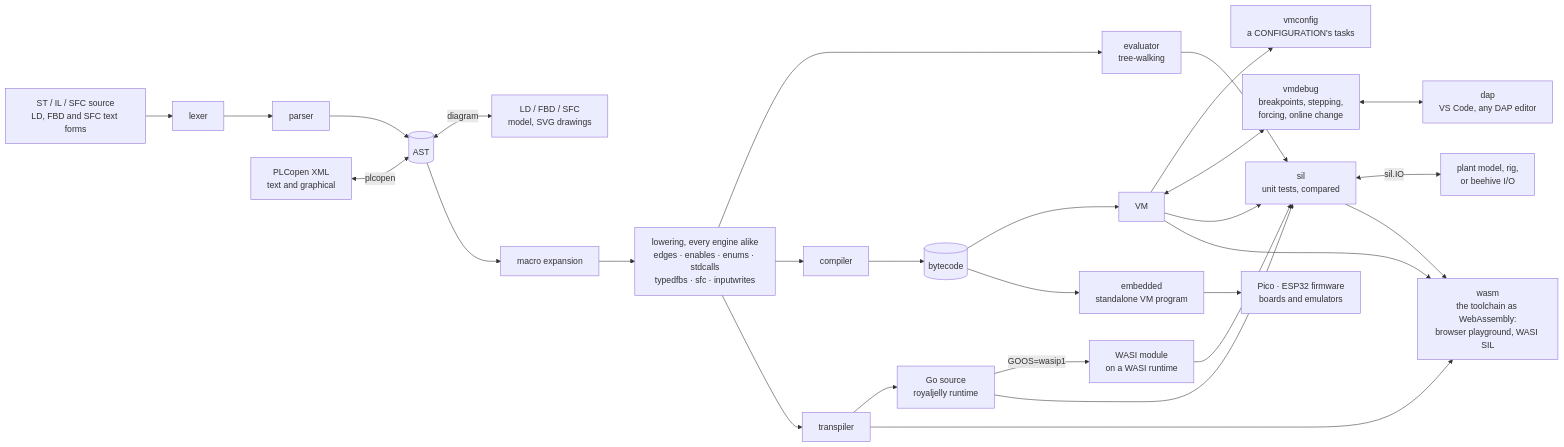
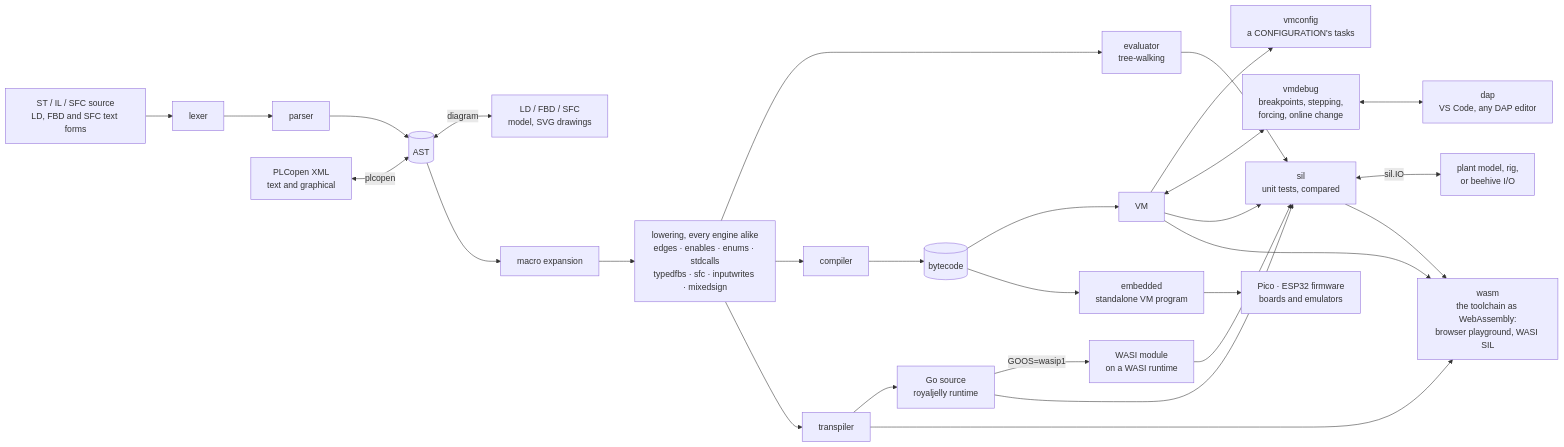
The diagram in doc/architecture.md (apiarytech/beedance), drawn with Mermaid before and after one commit. The commit also changed other lines of this file and 7 other files, not shown here.

````diff
--- a/doc/architecture.md
+++ b/doc/architecture.md
@@ -5,19 +5,19 @@
 ```mermaid
 flowchart LR
     src[ST / IL / SFC source<br/>LD, FBD and SFC text forms] --> lex[lexer] --> par[parser] --> ast[(AST)]
     xml[PLCopen XML<br/>text and graphical] <-->|plcopen| ast
     ast <-->|diagram| svg[LD / FBD / SFC<br/>model, SVG drawings]
     ast --> mac[macro expansion]
-    mac --> low[lowering, every engine alike<br/>edges · enables · enums · stdcalls<br/>typedfbs · sfc · inputwrites]
+    mac --> low[lowering, every engine alike<br/>edges · enables · enums · stdcalls<br/>typedfbs · sfc · inputwrites · mixedsign]
     low --> ev[evaluator<br/>tree-walking]
     low --> comp[compiler] --> bc[(bytecode)] --> vm[VM]
     low --> tr[transpiler] --> go[Go source<br/>royaljelly runtime]
     vm --> cfg[vmconfig<br/>a CONFIGURATION's tasks]
     vm <--> dbg[vmdebug<br/>breakpoints, stepping,<br/>forcing, online change] <--> dapn[dap<br/>VS Code, any DAP editor]
     bc --> emb[embedded<br/>standalone VM program]
     emb --> mcu[Pico · ESP32 firmware<br/>boards and emulators]
     go -->|GOOS=wasip1| wmod[WASI module<br/>on a WASI runtime]
     ev & vm & go & wmod --> sil[sil<br/>unit tests, compared]
     sil <-->|sil.IO| io[plant model, rig,<br/>or beehive I/O]
     sil & vm & tr --> wasm[wasm<br/>the toolchain as WebAssembly:<br/>browser playground, WASI SIL]
 ```
````
